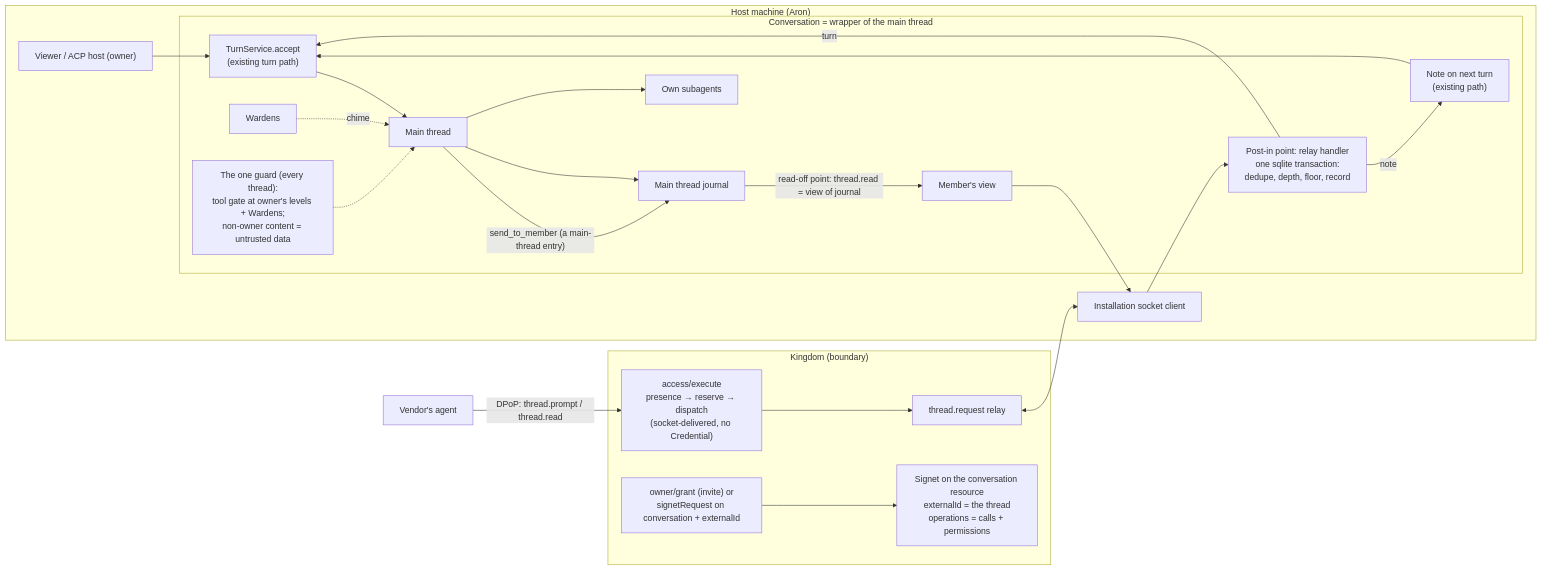
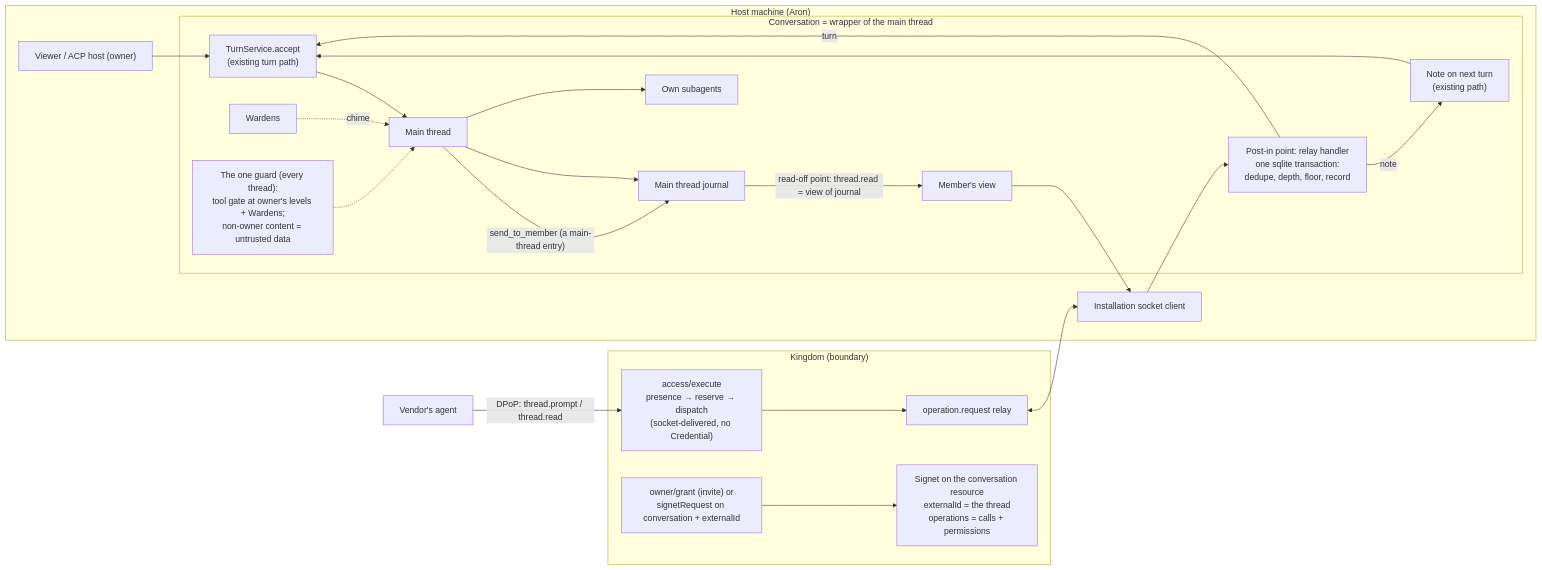
The diagram in docs/reference/CONVERSATIONS.md (inixiative/foundry), drawn with Mermaid before and after one commit. The commit also changed other lines of this file and 12 other files, not shown here.

First line of the commit message:
Conversations host on the general Installation-socket relay (signet 0.25) (#439)

````diff
--- a/docs/reference/CONVERSATIONS.md
+++ b/docs/reference/CONVERSATIONS.md
@@ -90,27 +90,27 @@
 ```mermaid
 flowchart LR
   subgraph HostMachine["Host machine (Aron)"]
     V["Viewer / ACP host (owner)"] --> TS
     subgraph Wrap["Conversation = wrapper of the main thread"]
       RH["Post-in point: relay handler<br/>one sqlite transaction:<br/>dedupe, depth, floor, record"] -->|note| NQ["Note on next turn<br/>(existing path)"]
       RH -->|turn| TS["TurnService.accept<br/>(existing turn path)"]
       NQ --> TS
       TS --> MT["Main thread"]
       MT -->|"send_to_member (a main-thread entry)"| J["Main thread journal"]
       MT --> J
       J -->|"read-off point: thread.read = view of journal"| RO["Member's view"]
       MT --> SA["Own subagents"]
       W["Wardens"] -. chime .-> MT
       TG["The one guard (every thread):<br/>tool gate at owner's levels + Wardens;<br/>non-owner content = untrusted data"] -.-> MT
     end
     IS["Installation socket client"]
   end
   subgraph K["Kingdom (boundary)"]
-    EX["access/execute<br/>presence → reserve → dispatch<br/>(socket-delivered, no Credential)"] --> RL["thread.request relay"]
+    EX["access/execute<br/>presence → reserve → dispatch<br/>(socket-delivered, no Credential)"] --> RL["operation.request relay"]
     G["owner/grant (invite) or<br/>signetRequest on conversation + externalId"] --> SIG["Signet on the conversation resource<br/>externalId = the thread<br/>operations = calls + permissions"]
   end
   VA["Vendor's agent"] -- "DPoP: thread.prompt / thread.read" --> EX
   RL <--> IS
   IS --> RH
   RO --> IS
 ```
````
